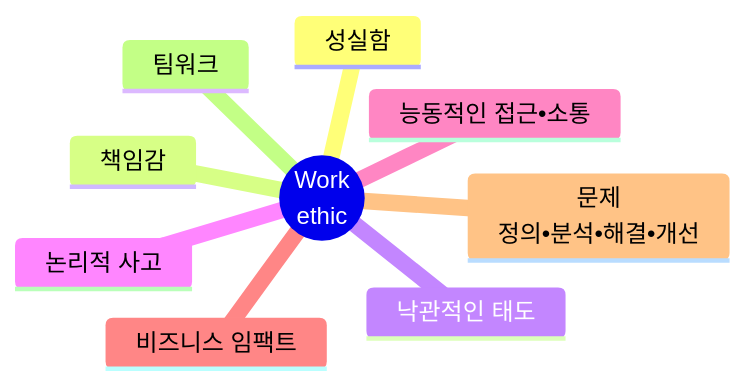
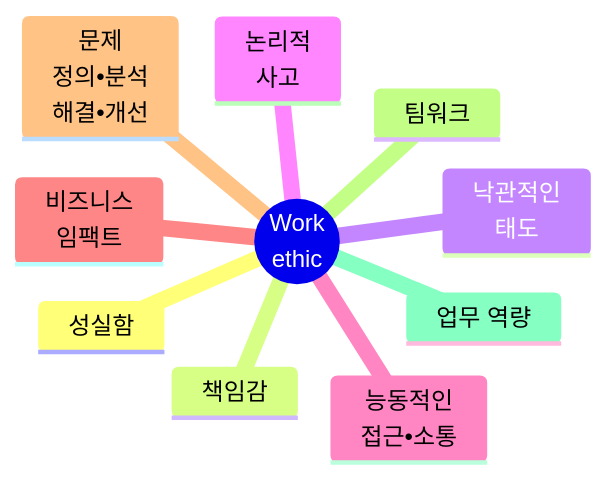
The diagram in pages/inspiration/work-ethic.mdx (fe-dudu/fe-dudu-nextra), drawn with Mermaid before and after one commit. The commit also changed 3 other files, not shown here.

````diff
--- a/pages/inspiration/work-ethic.mdx
+++ b/pages/inspiration/work-ethic.mdx
@@ -3,12 +3,13 @@
 ```mermaid
 mindmap
   root((Work<br/>ethic))
     성실함
     책임감
-    낙관적인 태도
-    논리적 사고
-    능동적인 접근•소통
-    비즈니스 임팩트
-    문제<br/>정의•분석•해결•개선
+    낙관적인<br/>태도
+    논리적<br/>사고
+    능동적인<br/>접근•소통
+    비즈니스<br/>임팩트
+    문제<br/>정의•분석<br/>해결•개선
     팀워크
+    업무 역량
 ```
````
